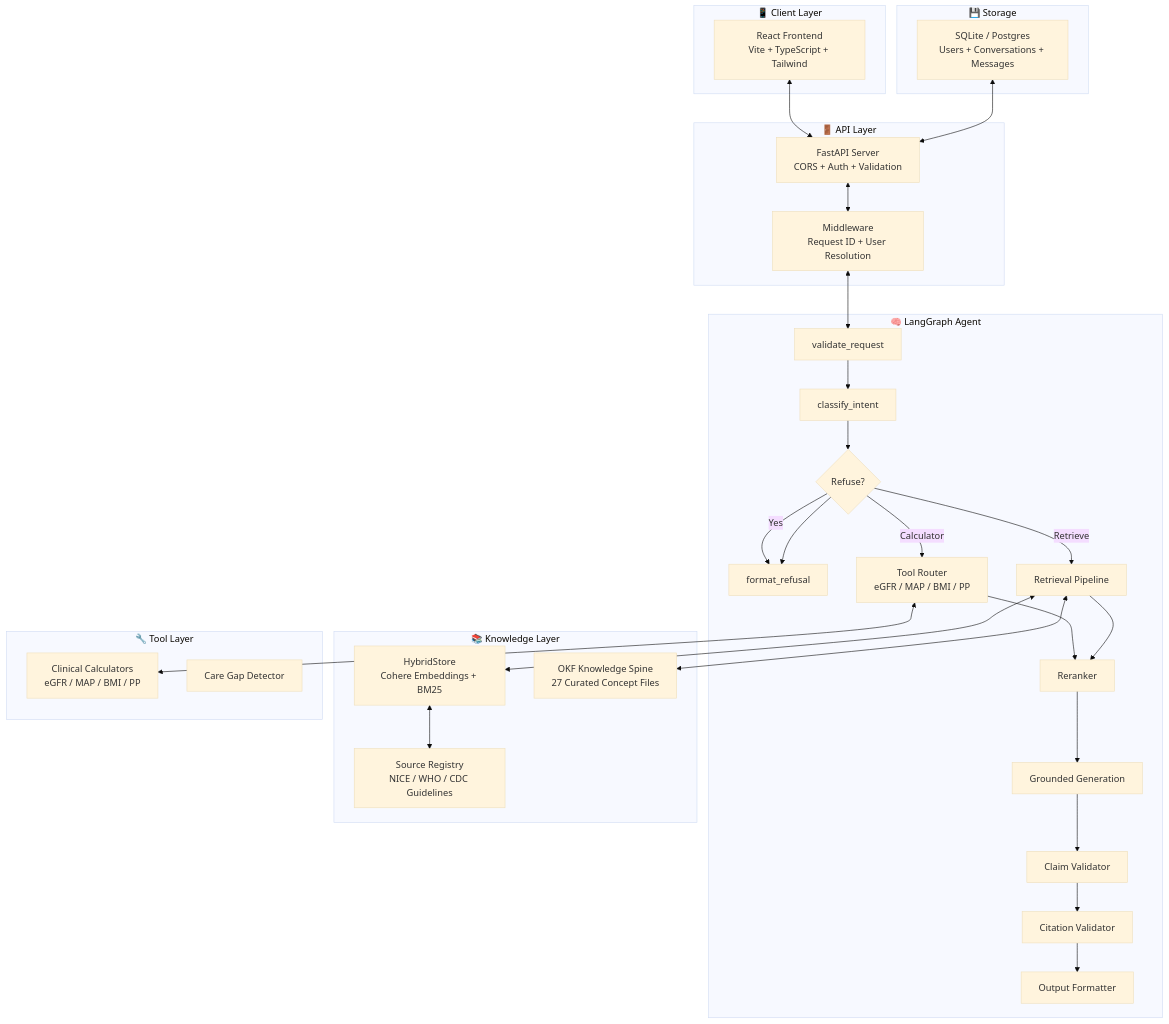
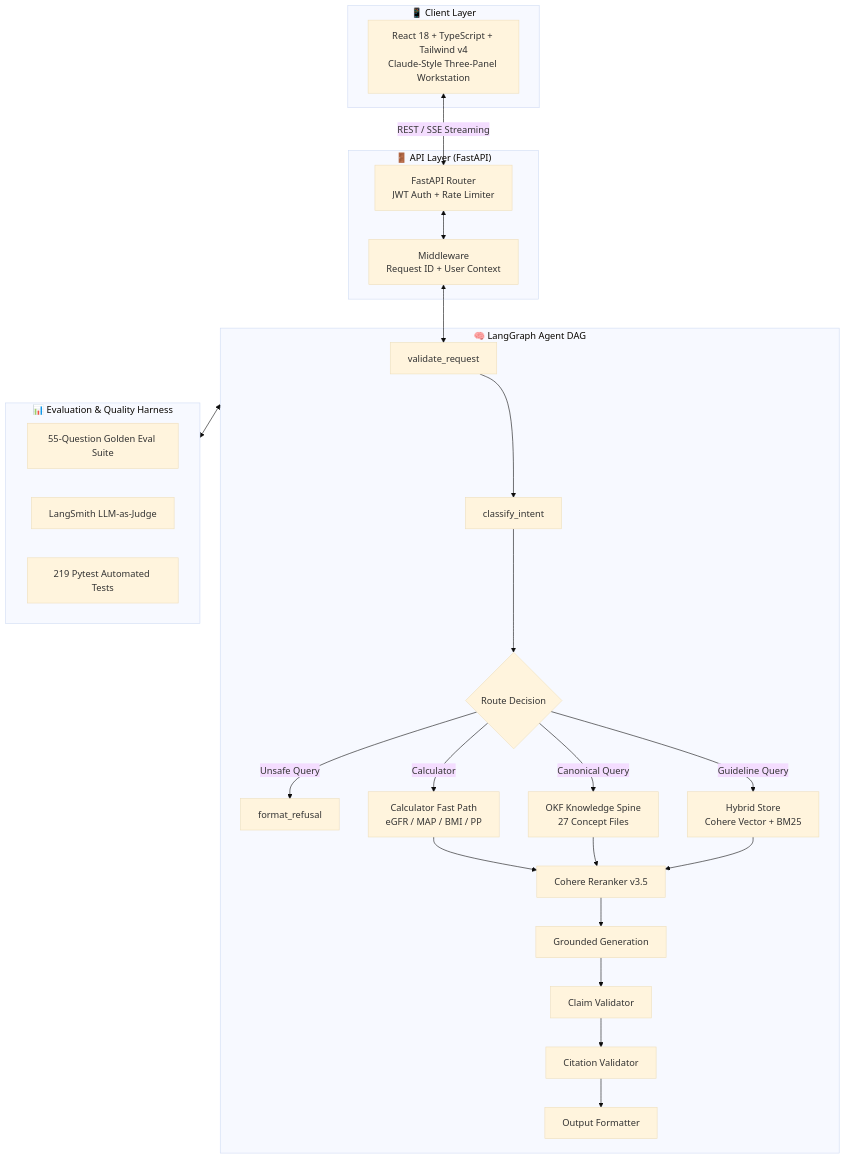
The diagram in README.md (jeevesh2515/clinical-rag-agent), drawn with Mermaid (base theme) before and after one commit. The commit also changed other lines of this file and 4 other files, not shown here.

````diff
--- a/README.md
+++ b/README.md
@@ -159,50 +146,40 @@
 ```mermaid
 flowchart TD
     subgraph Client["📱 Client Layer"]
-        A[React Frontend<br/>Vite + TypeScript + Tailwind]
+        A[React 18 + TypeScript + Tailwind v4<br/>Claude-Style Three-Panel Workstation]
     end
 
-    subgraph API["🚪 API Layer"]
-        B[FastAPI Server<br/>CORS + Auth + Validation]
-        C[Middleware<br/>Request ID + User Resolution]
+    subgraph API["🚪 API Layer (FastAPI)"]
+        B[FastAPI Router<br/>JWT Auth + Rate Limiter]
+        C[Middleware<br/>Request ID + User Context]
     end
 
-    subgraph Agent["🧠 LangGraph Agent"]
+    subgraph Agent["🧠 LangGraph Agent DAG"]
         D[validate_request] --> E[classify_intent]
-        E --> F{Refuse?}
-        F -->|Yes| G[format_refusal]
-        F -->|Calculator| H[Tool Router<br/>eGFR / MAP / BMI / PP]
-        F -->|Retrieve| I[Retrieval Pipeline]
-        H --> J[Reranker]
-        I --> J
-        J --> K[Grounded Generation]
-        K --> L[Claim Validator]
-        L --> M[Citation Validator]
-        M --> N[Output Formatter]
+        E --> F{Route Decision}
+        F -->|Unsafe Query| G[format_refusal]
+        F -->|Calculator| H[Calculator Fast Path<br/>eGFR / MAP / BMI / PP]
+        F -->|Canonical Query| I[OKF Knowledge Spine<br/>27 Concept Files]
+        F -->|Guideline Query| J[Hybrid Store<br/>Cohere Vector + BM25]
+
+        H --> K[Cohere Reranker v3.5]
+        I --> K
+        J --> K
+
+        K --> L[Grounded Generation]
+        L --> M[Claim Validator]
+        M --> N[Citation Validator]
+        N --> O[Output Formatter]
     end
 
-    subgraph Knowledge["📚 Knowledge Layer"]
-        O[HybridStore<br/>Cohere Embeddings + BM25]
-        P[OKF Knowledge Spine<br/>27 Curated Concept Files]
-        Q[Source Registry<br/>NICE / WHO / CDC Guidelines]
+    subgraph Evaluation["📊 Evaluation & Quality Harness"]
+        P[55-Question Golden Eval Suite]
+        Q[LangSmith LLM-as-Judge]
+        R[219 Pytest Automated Tests]
     end
 
-    subgraph Tools["🔧 Tool Layer"]
-        R[Clinical Calculators<br/>eGFR / MAP / BMI / PP]
-        S[Care Gap Detector]
-    end
-
-    subgraph Storage["💾 Storage"]
-        U[SQLite / Postgres<br/>Users + Conversations + Messages]
-    end
-
-    A <--> B
+    A <-->|REST / SSE Streaming| B
     B <--> C
     C <--> D
-    F --> G
-    H <--> R
-    I <--> O
-    I <--> P
-    O <--> Q
-    U <--> B
+    Agent <--> Evaluation
 ```
````
